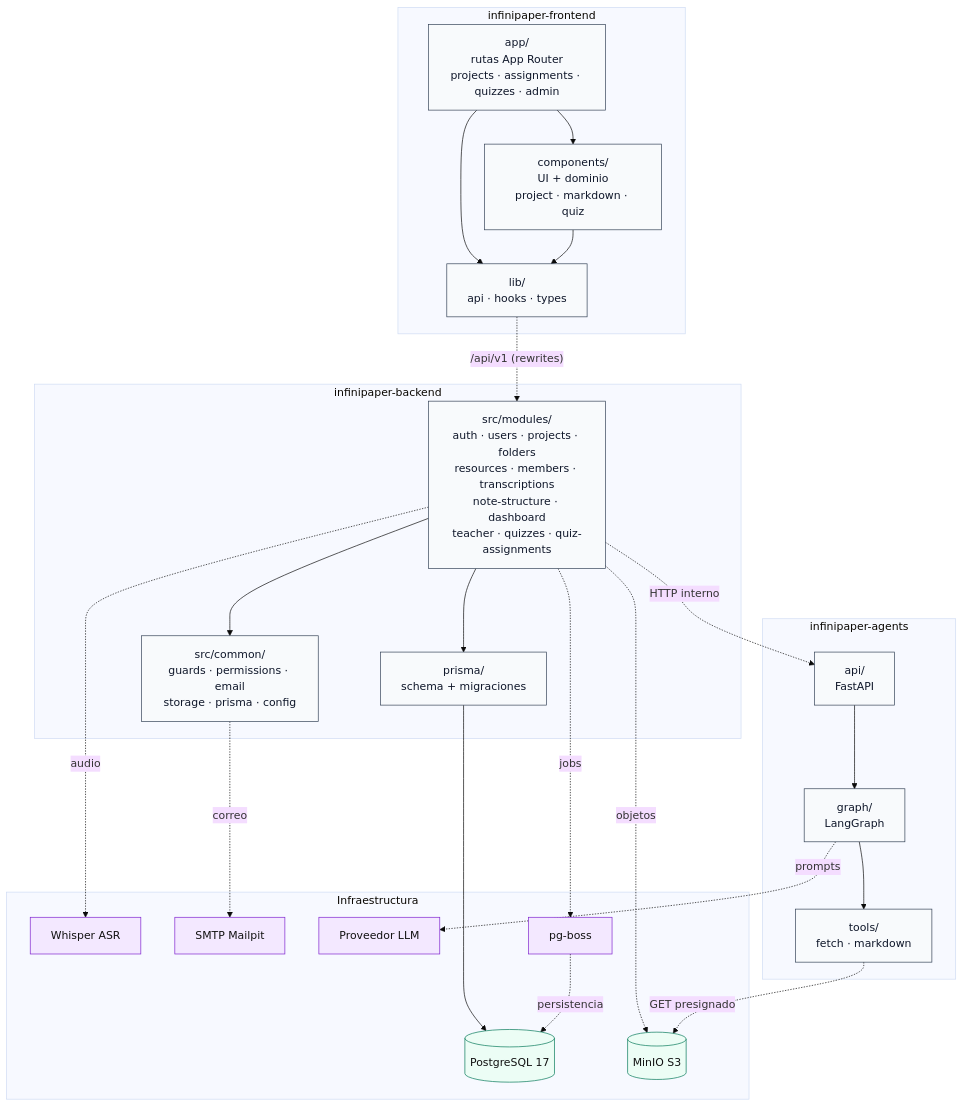
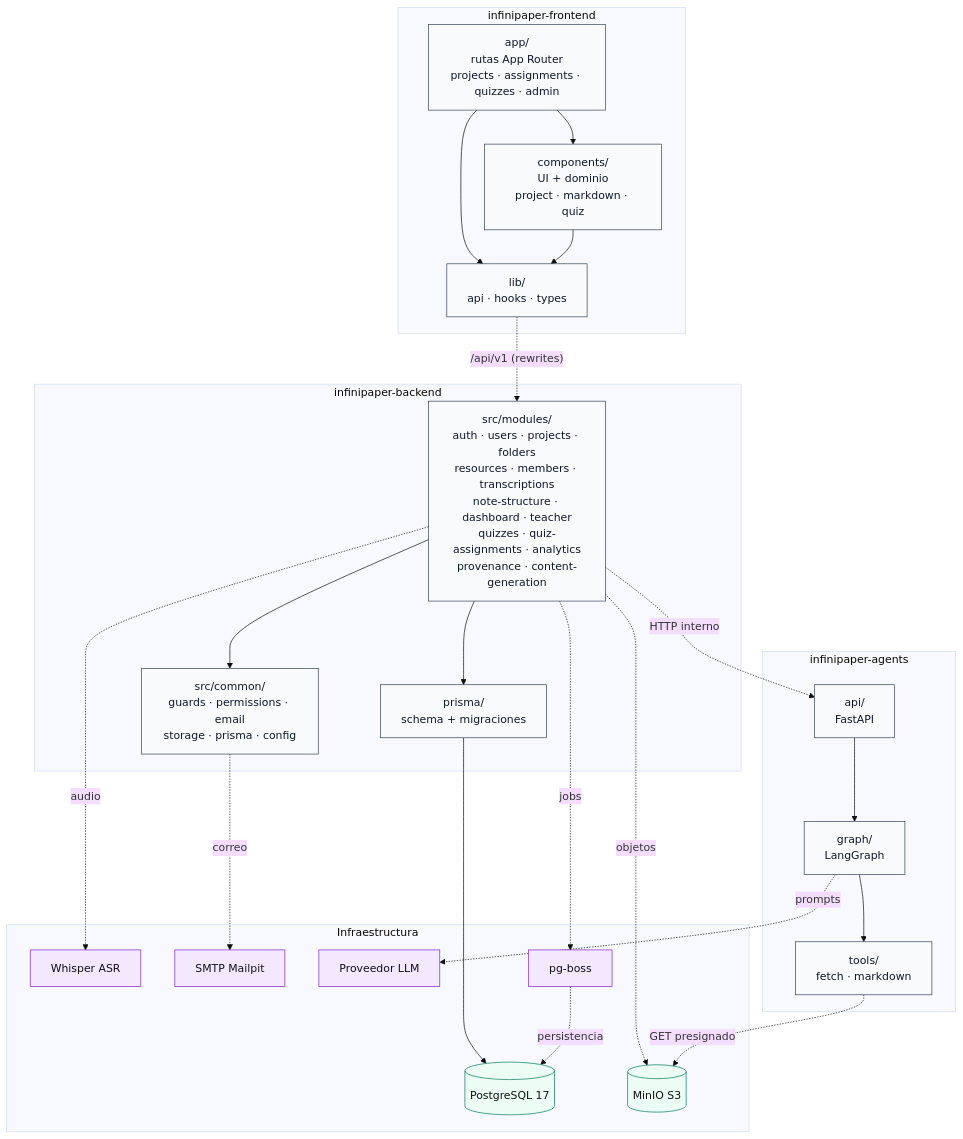
Before and after one commit to CesarKnight/infinipaper-proy: the diagram in docs/sdd/diagramas/paquetes.md, drawn with Mermaid. The commit also changed other lines of this file and 77 other files, not shown here.

````diff
--- a/docs/sdd/diagramas/paquetes.md
+++ b/docs/sdd/diagramas/paquetes.md
@@ -5,52 +5,52 @@
 ```mermaid
 %%{init: {"theme": "base", "themeVariables": {"fontFamily": "Inter, sans-serif"}}}%%
 flowchart TB
   classDef pkg fill:#f8fafc,stroke:#334155,stroke-width:1px,color:#0f172a
   classDef ext fill:#f3e8ff,stroke:#7e22ce,stroke-width:1px,color:#111
   classDef data fill:#ecfdf5,stroke:#047857,stroke-width:1px,color:#111
 
   subgraph Frontend["infinipaper-frontend"]
     APP["app/<br/>rutas App Router<br/>projects · assignments · quizzes · admin"]:::pkg
     COMP["components/<br/>UI + dominio<br/>project · markdown · quiz"]:::pkg
     LIB["lib/<br/>api · hooks · types"]:::pkg
   end
 
   subgraph Backend["infinipaper-backend"]
-    MOD["src/modules/<br/>auth · users · projects · folders<br/>resources · members · transcriptions<br/>note-structure · dashboard<br/>teacher · quizzes · quiz-assignments"]:::pkg
+    MOD["src/modules/<br/>auth · users · projects · folders<br/>resources · members · transcriptions<br/>note-structure · dashboard · teacher<br/>quizzes · quiz-assignments · analytics<br/>provenance · content-generation"]:::pkg
     COMMON["src/common/<br/>guards · permissions · email<br/>storage · prisma · config"]:::pkg
     PRISMA["prisma/<br/>schema + migraciones"]:::pkg
   end
 
   subgraph Agents["infinipaper-agents"]
     AGAPI["api/<br/>FastAPI"]:::pkg
     AGRAPH["graph/<br/>LangGraph"]:::pkg
     ATOOLS["tools/<br/>fetch · markdown"]:::pkg
   end
 
   subgraph Infra["Infraestructura"]
     PG[(PostgreSQL 17)]:::data
     MINIO[(MinIO S3)]:::data
     WHISPER[Whisper ASR]:::ext
     MAILPIT[SMTP Mailpit]:::ext
     LLM[Proveedor LLM]:::ext
     QUEUE[pg-boss]:::ext
   end
 
   APP --> COMP
   APP --> LIB
   COMP --> LIB
   LIB -. "/api/v1 (rewrites)" .-> MOD
   MOD --> COMMON
   MOD --> PRISMA
   MOD -. "HTTP interno" .-> AGAPI
   AGAPI --> AGRAPH
   AGRAPH --> ATOOLS
   PRISMA --> PG
   MOD -. "objetos" .-> MINIO
   MOD -. "audio" .-> WHISPER
   MOD -. "jobs" .-> QUEUE
   COMMON -. "correo" .-> MAILPIT
   ATOOLS -. "GET presignado" .-> MINIO
   AGRAPH -. "prompts" .-> LLM
   QUEUE -. "persistencia" .-> PG
 ```
````
